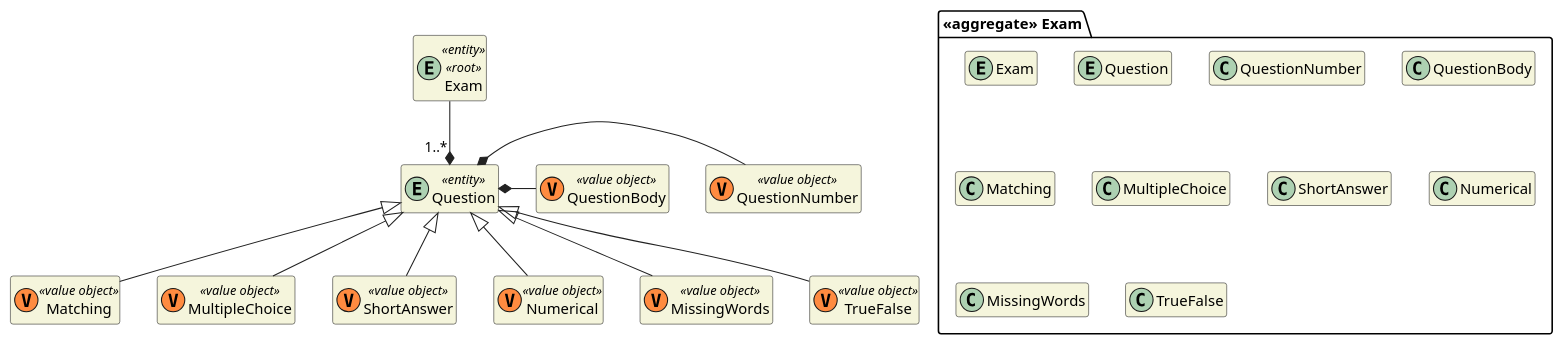
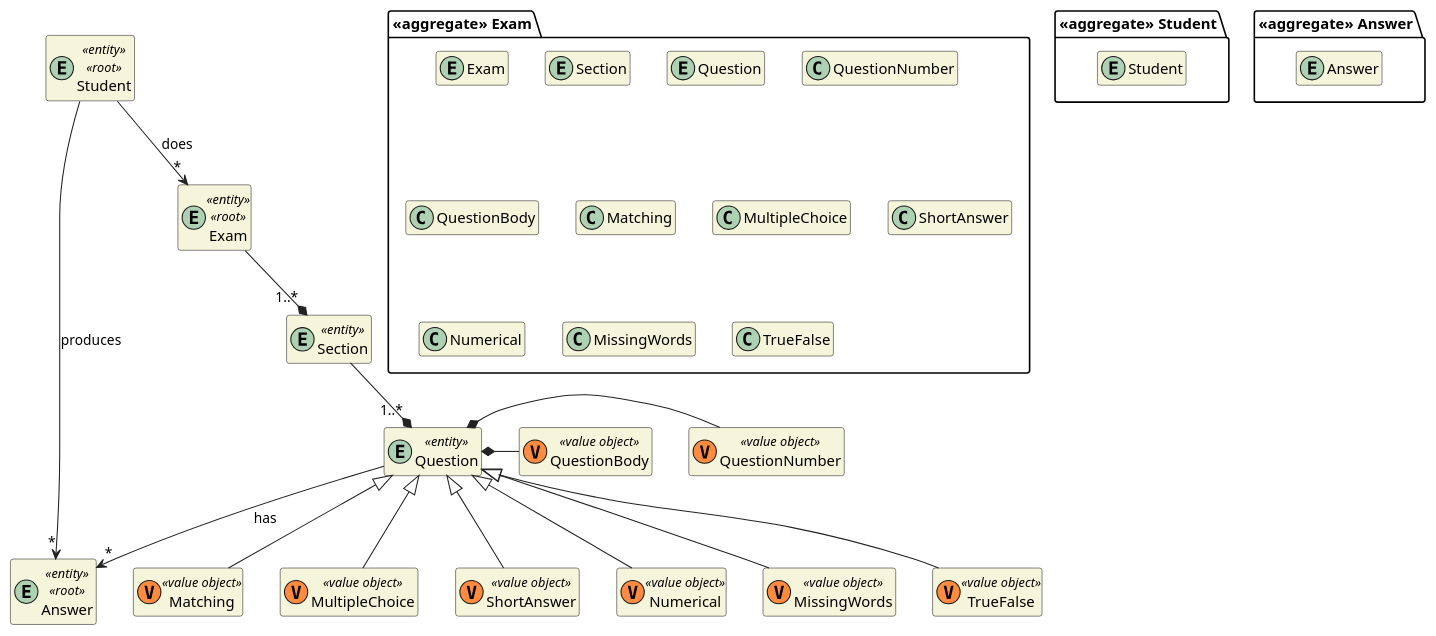
One commit to miseEnPlace-dev/lapr4 changed the diagram in docs/DM/DM_Exam.puml. Above: the diagram before and after it, drawn with PlantUML. The commit also changed 1 other file, not shown here.

Commit message:
feat(dm/exam): Added exam objects

```diff
--- a/docs/DM/DM_Exam.puml
+++ b/docs/DM/DM_Exam.puml
@@ -1,51 +1,75 @@
 @startuml DM-EXAM
 'https://plantuml.com/class-diagram
 
 skinparam classAttributeIconSize 0
 hide empty attributes
 hide empty methods
 skinparam classBackgroundColor beige
 skinparam ArrowColor #222222
 
 package "<<aggregate>> Exam" {
     entity Exam
+    entity Section
 
     entity Question
     class QuestionNumber
     class QuestionBody
 
     class Matching
     class MultipleChoice
     class ShortAnswer
     class Numerical
     class MissingWords
     class TrueFalse
 }
 
+package "<<aggregate>> Student" {
+    entity Student
+}
+
+entity Student <<entity>> <<root>> {
+}
+
+package "<<aggregate>> Answer" {
+    entity Answer
+}
+
+entity Answer <<entity>> <<root>> {
+}
+
 entity Exam <<entity>> <<root>> {}
+
+entity Section <<entity>> {}
 
 entity Question <<entity>> {}
 
 class QuestionNumber <<(V,#FF8B40) value object>> {}
 class QuestionBody <<(V,#FF8B40) value object>> {}
 
 class Matching <<(V, #FF8B40) value object>> {}
 class MultipleChoice <<(V, #FF8B40) value object>> {}
 class ShortAnswer <<(V, #FF8B40) value object>> {}
 class Numerical <<(V, #FF8B40) value object>> {}
 class MissingWords <<(V, #FF8B40) value object>> {}
 class TrueFalse <<(V, #FF8B40) value object>> {}
 
 Question *- QuestionNumber
 Question *- QuestionBody
 
 Question <|-- Matching
 Question <|-- MultipleChoice
 Question <|-- ShortAnswer
 Question <|-- Numerical
 Question <|-- MissingWords
 Question <|-- TrueFalse
 
-Exam --* "1..*" Question
+Exam --* "1..*" Section
+Section --* "1..*" Question
+
+Question --> "*" Answer : has
+
+Student --> "*" Answer : produces
+
+Student --> "*" Exam : does
 
 @enduml
```
